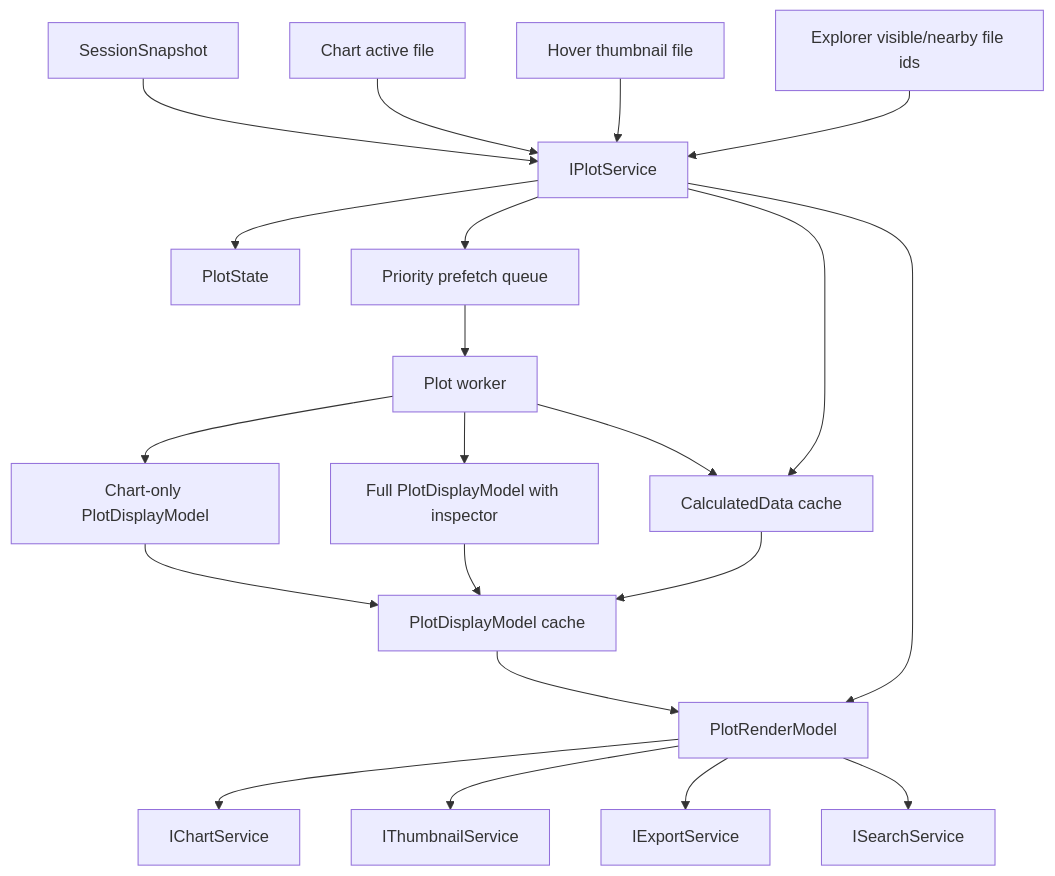
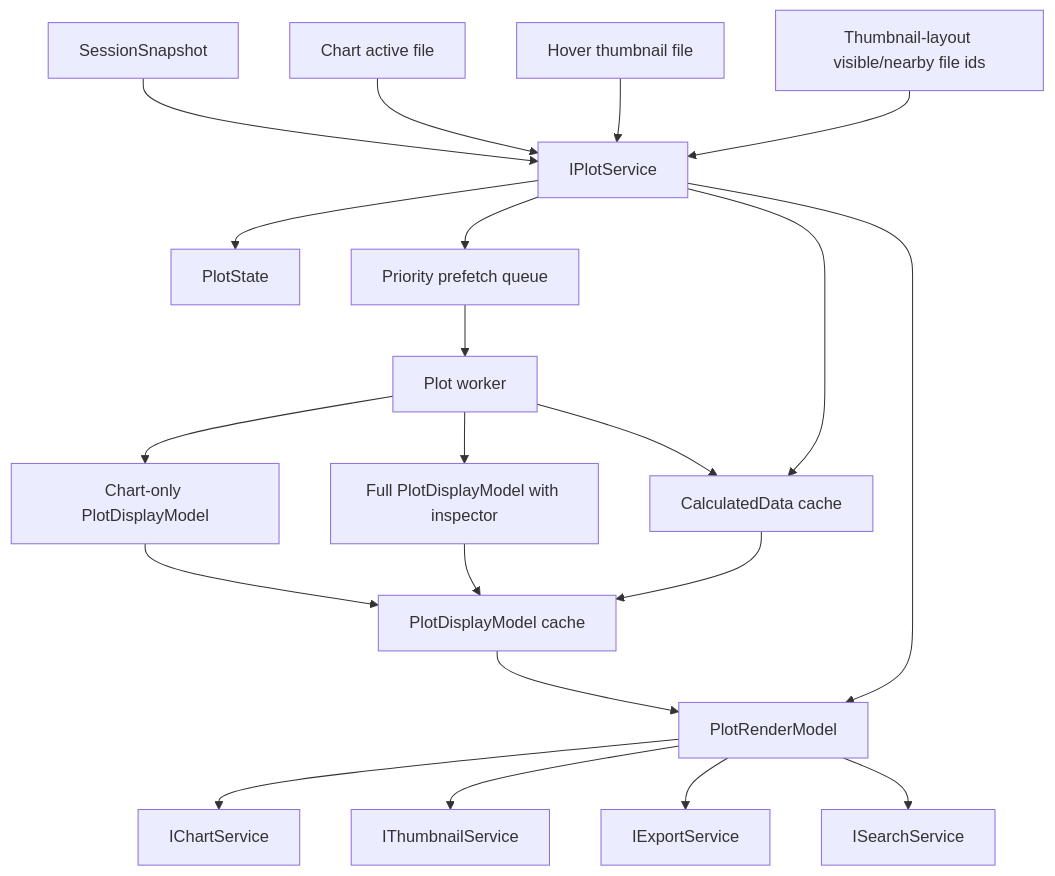
Before and after one commit to chogng/conductor: the diagram in .github/instructions/plot.instructions.md, drawn with Mermaid. The commit also changed other lines of this file and 4 other files, not shown here.

Commit message:
fix: narrow plot thumbnail prefetch and worker payload

````diff
--- a/.github/instructions/plot.instructions.md
+++ b/.github/instructions/plot.instructions.md
@@ -58,23 +58,23 @@
 ```mermaid
 flowchart TD
     Session[SessionSnapshot] --> PlotService[IPlotService]
     ChartActive[Chart active file] --> PlotService
     HoverPreview[Hover thumbnail file] --> PlotService
-    ExplorerRange[Explorer visible/nearby file ids] --> PlotService
+    ThumbnailRange[Thumbnail-layout visible/nearby file ids] --> PlotService
     PlotService --> State[PlotState]
     PlotService --> Queue[Priority prefetch queue]
     Queue --> Worker[Plot worker]
     Worker --> Cache[CalculatedData cache]
     Worker --> ChartDisplay[Chart-only PlotDisplayModel]
     ChartDisplay --> DisplayCache[PlotDisplayModel cache]
     Worker --> FullDisplay[Full PlotDisplayModel with inspector]
     FullDisplay --> DisplayCache
     PlotService --> Cache[CalculatedData cache]
     Cache --> DisplayCache
     DisplayCache --> Model[PlotRenderModel]
     PlotService --> Model[PlotRenderModel]
     Model --> Chart[IChartService]
     Model --> Thumbnail[IThumbnailService]
     Model --> Export[IExportService]
     Model --> Search[ISearchService]
 ```
````
